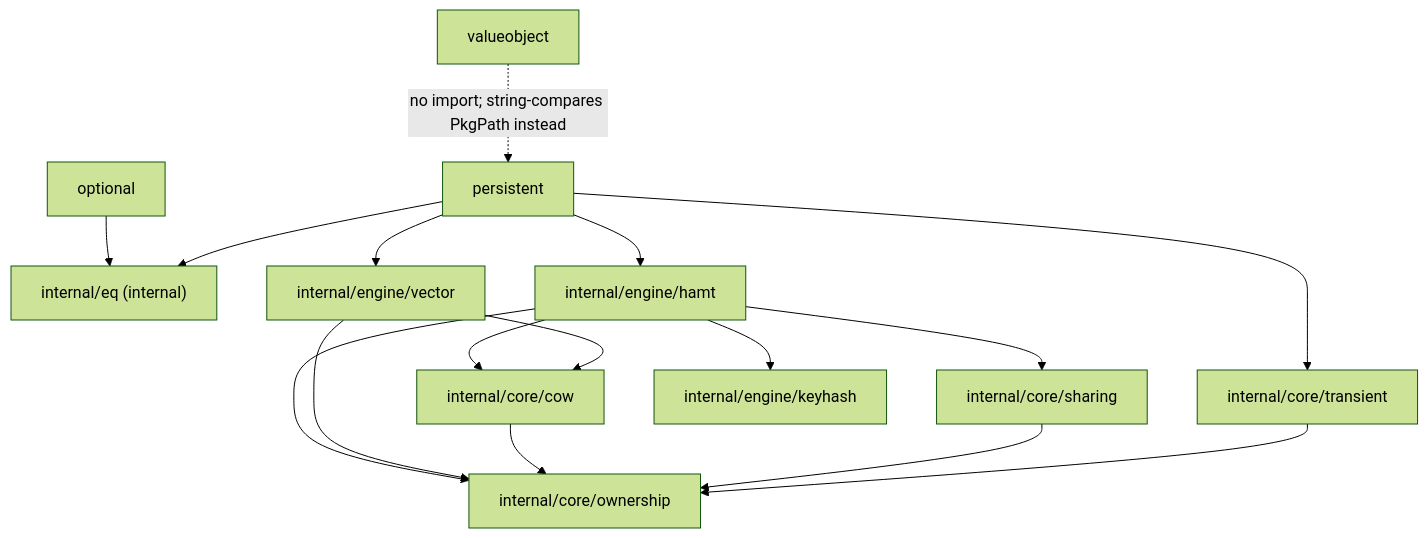
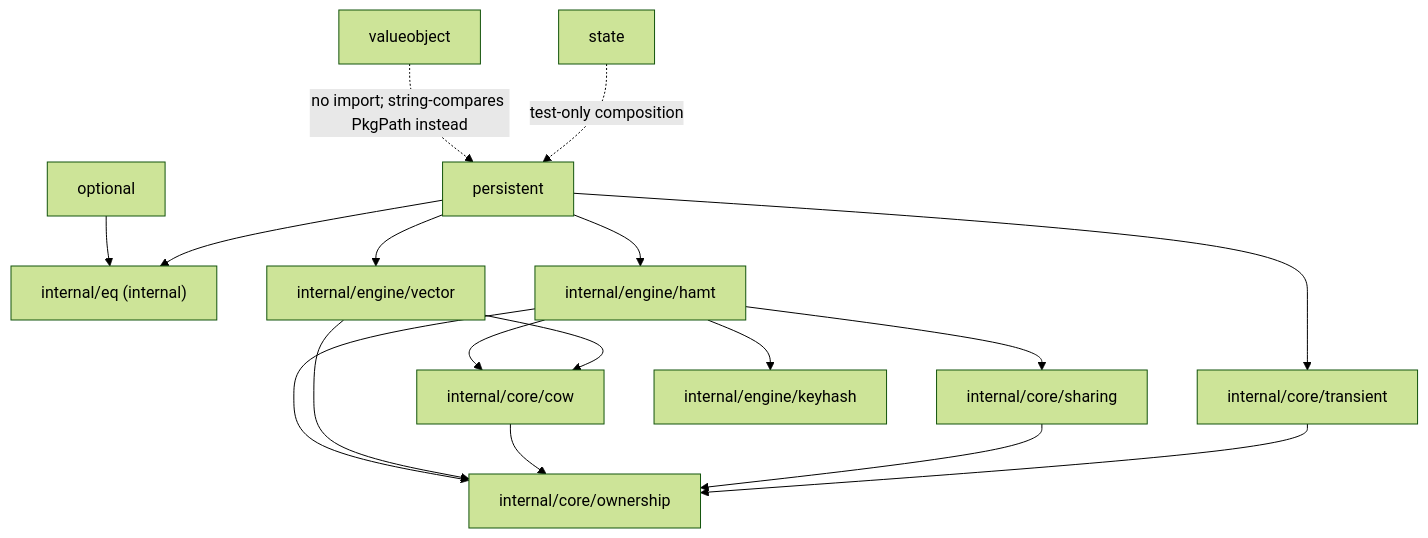
Before and after one commit to alvadorncorp/functional-go: the diagram in docs/overview.md, drawn with Mermaid (forest theme). The commit also changed other lines of this file and 20 other files, not shown here.

````diff
--- a/docs/overview.md
+++ b/docs/overview.md
@@ -134,30 +149,32 @@
 ```mermaid
 flowchart TB
   optional[optional]
   persistent[persistent]
+  state[state]
   valueobject[valueobject]
   eq["internal/eq (internal)"]
   ownership["internal/core/ownership"]
   cow["internal/core/cow"]
   sharing["internal/core/sharing"]
   transient["internal/core/transient"]
   hamt["internal/engine/hamt"]
   vector["internal/engine/vector"]
   keyhash["internal/engine/keyhash"]
 
   optional --> eq
   persistent --> eq
   persistent --> transient
   persistent --> hamt
   persistent --> vector
   hamt --> ownership
   hamt --> cow
   hamt --> sharing
   hamt --> keyhash
   vector --> ownership
   vector --> cow
   cow --> ownership
   sharing --> ownership
   transient --> ownership
   valueobject -.->|no import; string-compares PkgPath instead| persistent
+  state -.->|test-only composition| persistent
 ```
````
